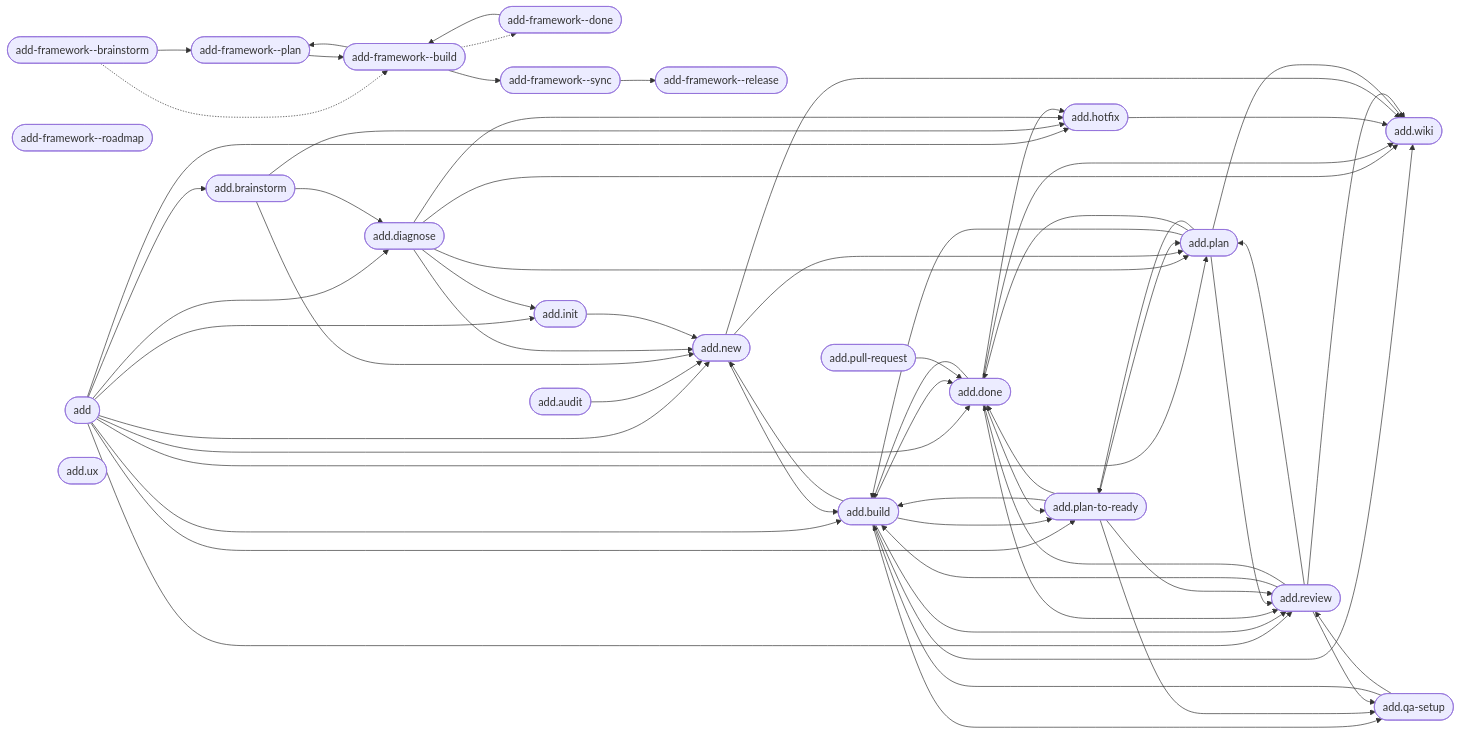
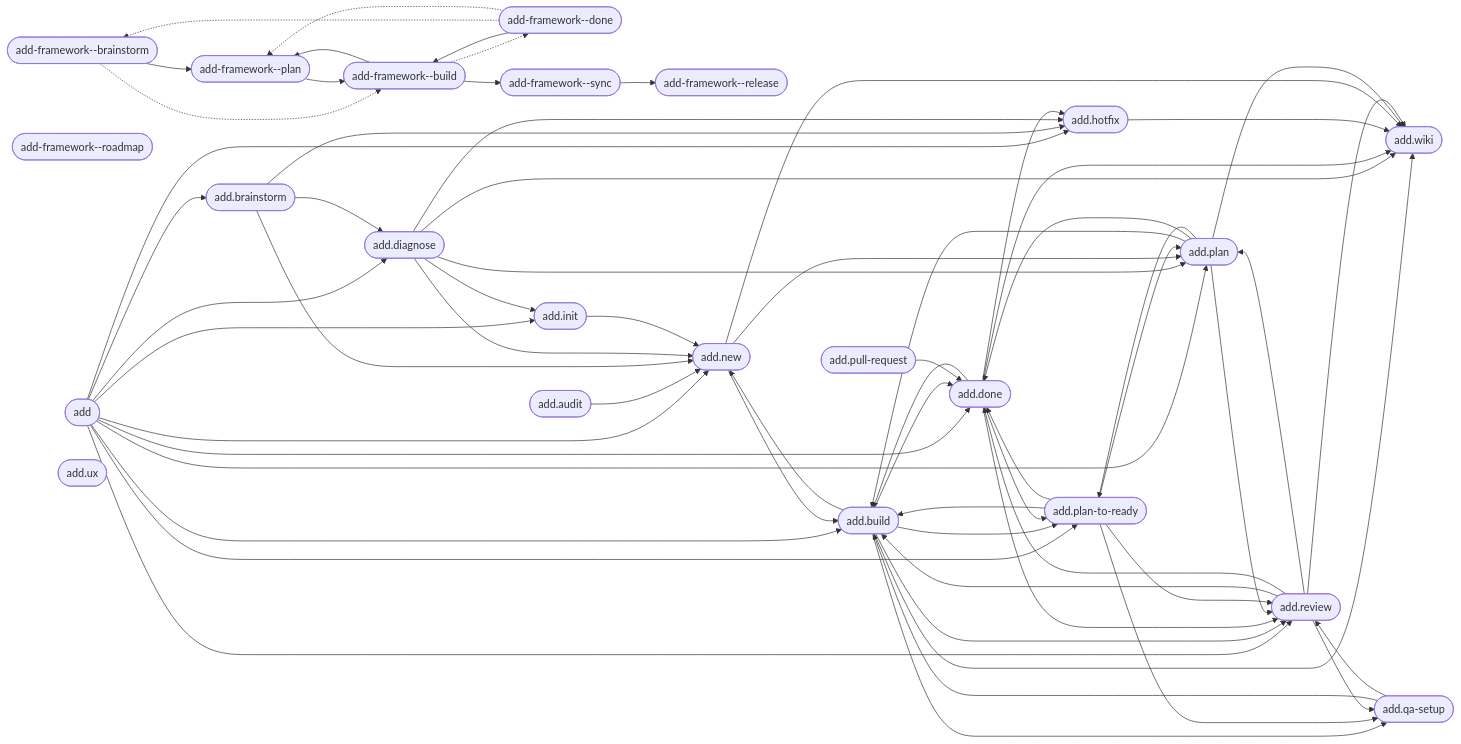
One commit to brabos-ai/code-addiction changed the diagram in web/public/artefact-graph.mmd. Above: the diagram before and after it, drawn with Mermaid. The commit also changed 13 other files, not shown here.

```diff
--- a/web/public/artefact-graph.mmd
+++ b/web/public/artefact-graph.mmd
@@ -1,85 +1,87 @@
 flowchart LR
     n_internal_command_add_framework__brainstorm(["add-framework--brainstorm"])
     n_internal_command_add_framework__build(["add-framework--build"])
     n_internal_command_add_framework__done(["add-framework--done"])
     n_internal_command_add_framework__plan(["add-framework--plan"])
     n_internal_command_add_framework__release(["add-framework--release"])
     n_internal_command_add_framework__roadmap(["add-framework--roadmap"])
     n_internal_command_add_framework__sync(["add-framework--sync"])
     n_product_command_add(["add"])
     n_product_command_add_audit(["add.audit"])
     n_product_command_add_brainstorm(["add.brainstorm"])
     n_product_command_add_build(["add.build"])
     n_product_command_add_diagnose(["add.diagnose"])
     n_product_command_add_done(["add.done"])
     n_product_command_add_hotfix(["add.hotfix"])
     n_product_command_add_init(["add.init"])
     n_product_command_add_new(["add.new"])
     n_product_command_add_plan(["add.plan"])
     n_product_command_add_plan_to_ready(["add.plan-to-ready"])
     n_product_command_add_pull_request(["add.pull-request"])
     n_product_command_add_qa_setup(["add.qa-setup"])
     n_product_command_add_review(["add.review"])
     n_product_command_add_ux(["add.ux"])
     n_product_command_add_wiki(["add.wiki"])
     n_internal_command_add_framework__brainstorm --> n_internal_command_add_framework__plan
     n_internal_command_add_framework__brainstorm -.-> n_internal_command_add_framework__build
     n_internal_command_add_framework__build --> n_internal_command_add_framework__plan
     n_internal_command_add_framework__build --> n_internal_command_add_framework__sync
     n_internal_command_add_framework__build -.-> n_internal_command_add_framework__done
     n_internal_command_add_framework__done --> n_internal_command_add_framework__build
+    n_internal_command_add_framework__done -.-> n_internal_command_add_framework__brainstorm
+    n_internal_command_add_framework__done -.-> n_internal_command_add_framework__plan
     n_internal_command_add_framework__plan --> n_internal_command_add_framework__build
     n_internal_command_add_framework__sync --> n_internal_command_add_framework__release
     n_product_command_add --> n_product_command_add_brainstorm
     n_product_command_add --> n_product_command_add_build
     n_product_command_add --> n_product_command_add_diagnose
     n_product_command_add --> n_product_command_add_done
     n_product_command_add --> n_product_command_add_hotfix
     n_product_command_add --> n_product_command_add_init
     n_product_command_add --> n_product_command_add_new
     n_product_command_add --> n_product_command_add_plan
     n_product_command_add --> n_product_command_add_plan_to_ready
     n_product_command_add --> n_product_command_add_review
     n_product_command_add_audit --> n_product_command_add_new
     n_product_command_add_brainstorm --> n_product_command_add_diagnose
     n_product_command_add_brainstorm --> n_product_command_add_hotfix
     n_product_command_add_brainstorm --> n_product_command_add_new
     n_product_command_add_build --> n_product_command_add_done
     n_product_command_add_build --> n_product_command_add_new
     n_product_command_add_build --> n_product_command_add_plan_to_ready
     n_product_command_add_build --> n_product_command_add_qa_setup
     n_product_command_add_build --> n_product_command_add_review
     n_product_command_add_build --> n_product_command_add_wiki
     n_product_command_add_diagnose --> n_product_command_add_hotfix
     n_product_command_add_diagnose --> n_product_command_add_init
     n_product_command_add_diagnose --> n_product_command_add_new
     n_product_command_add_diagnose --> n_product_command_add_plan
     n_product_command_add_diagnose --> n_product_command_add_wiki
     n_product_command_add_done --> n_product_command_add_build
     n_product_command_add_done --> n_product_command_add_hotfix
     n_product_command_add_done --> n_product_command_add_plan_to_ready
     n_product_command_add_done --> n_product_command_add_review
     n_product_command_add_done --> n_product_command_add_wiki
     n_product_command_add_hotfix --> n_product_command_add_wiki
     n_product_command_add_init --> n_product_command_add_new
     n_product_command_add_new --> n_product_command_add_build
     n_product_command_add_new --> n_product_command_add_plan
     n_product_command_add_new --> n_product_command_add_wiki
     n_product_command_add_plan --> n_product_command_add_build
     n_product_command_add_plan --> n_product_command_add_done
     n_product_command_add_plan --> n_product_command_add_plan_to_ready
     n_product_command_add_plan --> n_product_command_add_review
     n_product_command_add_plan --> n_product_command_add_wiki
     n_product_command_add_plan_to_ready --> n_product_command_add_build
     n_product_command_add_plan_to_ready --> n_product_command_add_done
     n_product_command_add_plan_to_ready --> n_product_command_add_plan
     n_product_command_add_plan_to_ready --> n_product_command_add_qa_setup
     n_product_command_add_plan_to_ready --> n_product_command_add_review
     n_product_command_add_pull_request --> n_product_command_add_done
     n_product_command_add_qa_setup --> n_product_command_add_build
     n_product_command_add_qa_setup --> n_product_command_add_review
     n_product_command_add_review --> n_product_command_add_build
     n_product_command_add_review --> n_product_command_add_done
     n_product_command_add_review --> n_product_command_add_plan
     n_product_command_add_review --> n_product_command_add_qa_setup
     n_product_command_add_review --> n_product_command_add_wiki
```
